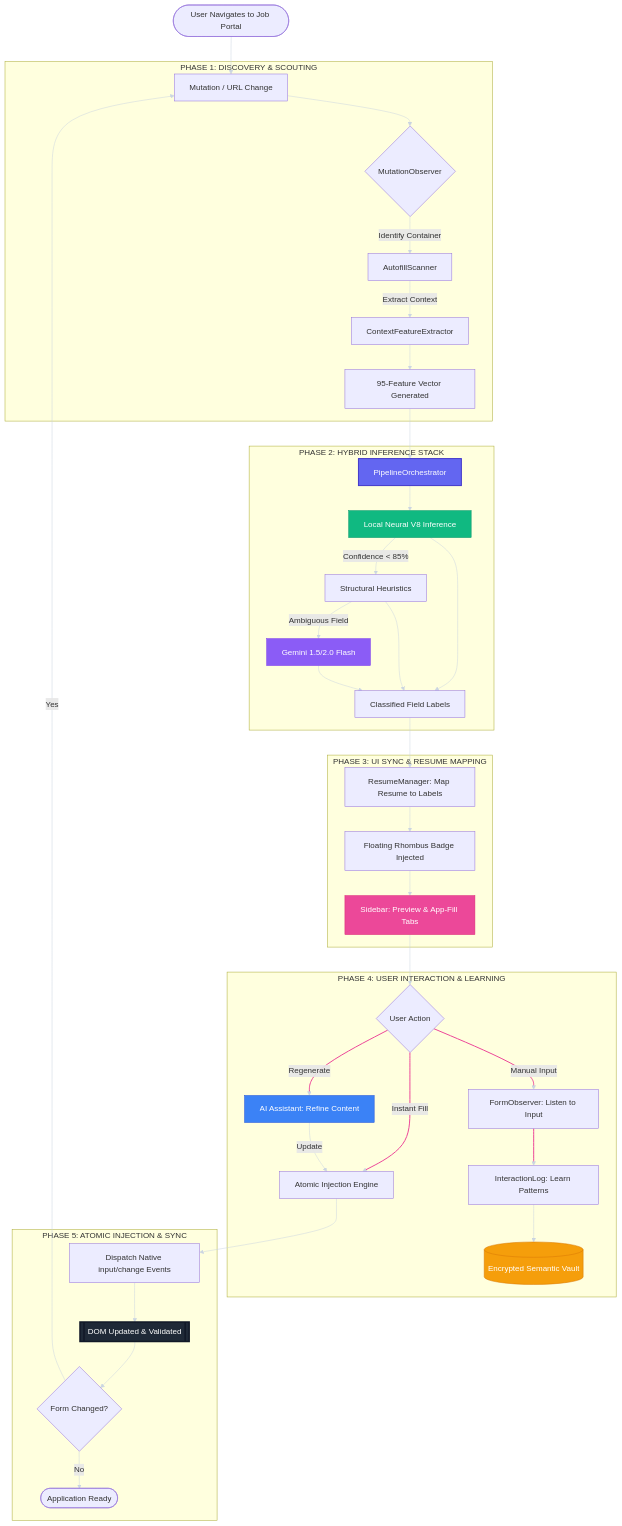
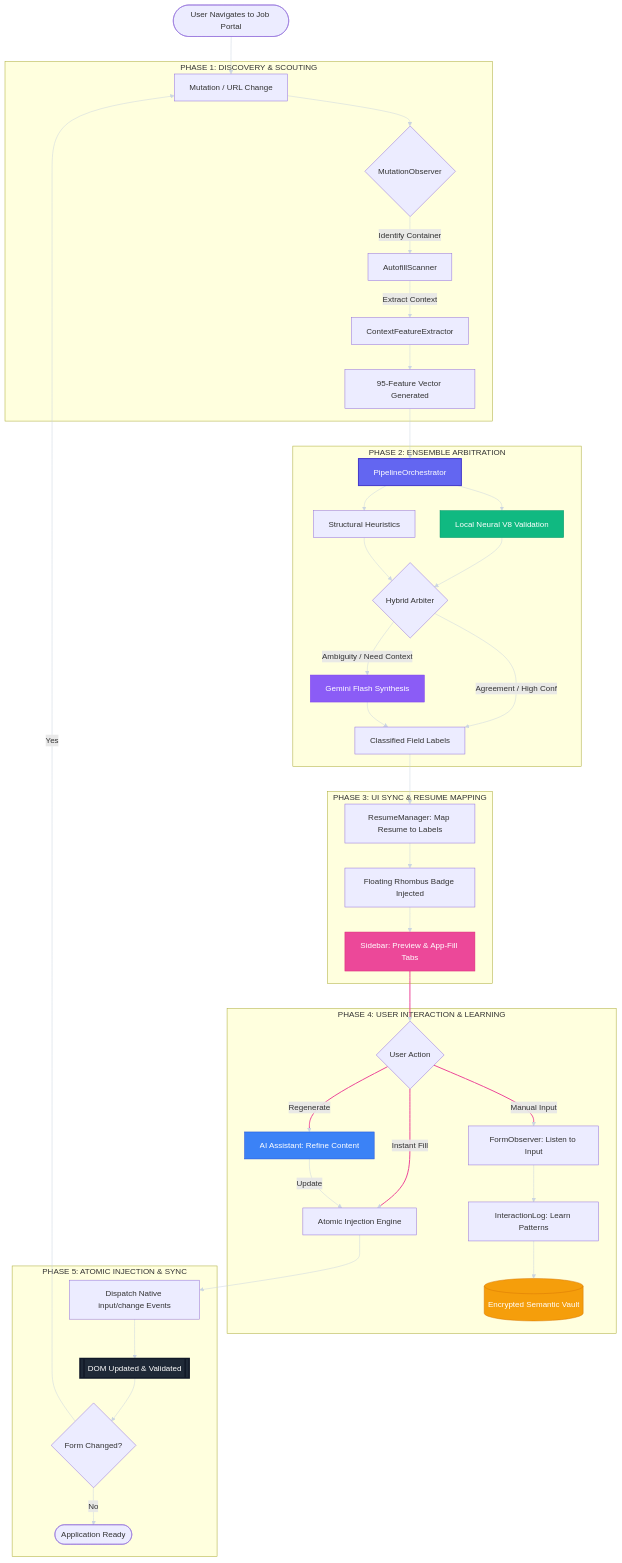
Before and after one commit to SmartHireX/smart-ai-job-apply: the third of 3 diagrams in ARCHITECTURE.md, drawn with Mermaid. The commit also changed other lines of this file, not shown here.

Commit message:
docs: emphasize Neural V8 as a confirmation layer in ensemble

````diff
--- a/ARCHITECTURE.md
+++ b/ARCHITECTURE.md
@@ -98,61 +100,63 @@
 ```mermaid
 flowchart TB
     %% Start State
     Start([User Navigates to Job Portal]) --> Init
 
     subgraph Phase1 [PHASE 1: DISCOVERY & SCOUTING]
         Init[Mutation / URL Change] --> Detector{MutationObserver}
         Detector -->|Identify Container| Scanner[AutofillScanner]
         Scanner -->|Extract Context| Context[ContextFeatureExtractor]
         Context --> Vector[95-Feature Vector Generated]
     end
 
-    subgraph Phase2 [PHASE 2: HYBRID INFERENCE STACK]
+    subgraph Phase2 [PHASE 2: ENSEMBLE ARBITRATION]
         Vector --> Orch[PipelineOrchestrator]
-        Orch --> Local[Local Neural V8 Inference]
-        Local -- "Confidence < 85%" --> Fallback[Structural Heuristics]
-        Fallback -- "Ambiguous Field" --> AI[Gemini 1.5/2.0 Flash]
+        Orch --> Local[Local Neural V8 Validation]
+        Orch --> Fallback[Structural Heuristics]
         
-        Local --> Result
-        Fallback --> Result
-        AI --> Result[Classified Field Labels]
+        Local --> Arb{Hybrid Arbiter}
+        Fallback --> Arb
+        
+        Arb -- "Agreement / High Conf" --> Result[Classified Field Labels]
+        Arb -- "Ambiguity / Need Context" --> AI[Gemini Flash Synthesis]
+        AI --> Result
     end
 
     subgraph Phase3 [PHASE 3: UI SYNC & RESUME MAPPING]
         Result --> Mapping[ResumeManager: Map Resume to Labels]
         Mapping --> UI[Floating Rhombus Badge Injected]
         UI --> Sidebar[Sidebar: Preview & App-Fill Tabs]
     end
 
     subgraph Phase4 [PHASE 4: USER INTERACTION & LEARNING]
         Sidebar --> Action{User Action}
         Action -->|Instant Fill| Filling
         Action -->|Manual Input| Obs[FormObserver: Listen to Input]
         Action -->|Regenerate| Regen[AI Assistant: Refine Content]
         
         Obs --> Persistence[InteractionLog: Learn Patterns]
         Regen -->|Update| Filling
         Persistence --> Vault[(Encrypted Semantic Vault)]
     end
 
     subgraph Phase5 [PHASE 5: ATOMIC INJECTION & SYNC]
         Filling[Atomic Injection Engine] --> Events[Dispatch Native input/change Events]
         Events --> DOM[[DOM Updated & Validated]]
         DOM --> Healing{Form Changed?}
         Healing -- "Yes" --> Init
         Healing -- "No" --> Done([Application Ready])
     end
 
     %% Professional Styling
     style Orch fill:#6366f1,stroke:#4338ca,color:#fff,stroke-width:2px
     style Local fill:#10b981,stroke:#059669,color:#fff
     style AI fill:#8b5cf6,stroke:#7c3aed,color:#fff
     style Vault fill:#f59e0b,stroke:#d97706,color:#fff
     style Sidebar fill:#ec4899,stroke:#db2777,color:#fff
     style Regen fill:#3b82f6,stroke:#1d4ed8,color:#fff
     style DOM fill:#1f2937,stroke:#111827,color:#fff,stroke-width:3px
     
     %% Link Customization
     linkStyle default stroke:#cbd5e1,stroke-width:1px
     linkStyle 16,17,18,19 stroke:#ec4899,stroke-width:2px
 ```
````
